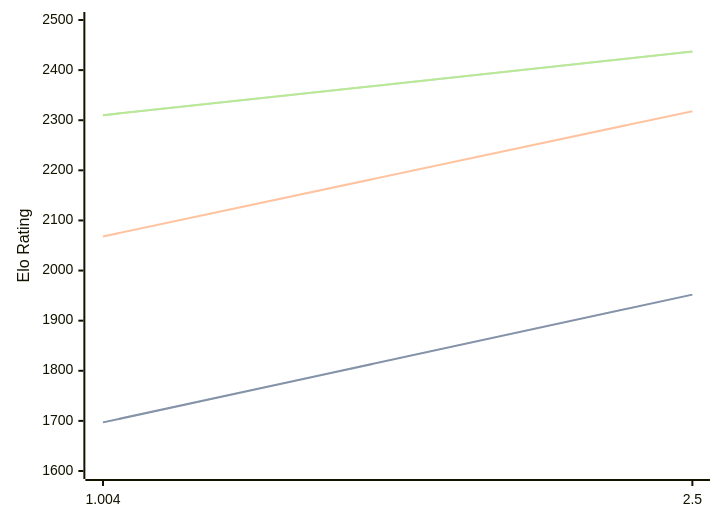
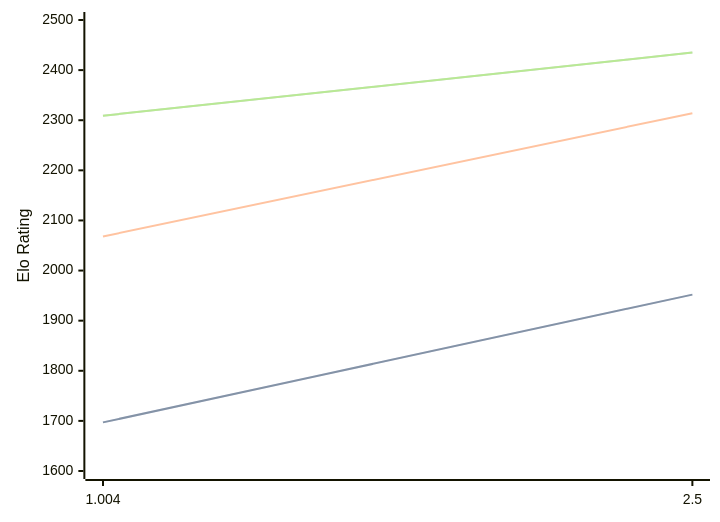
The first of 3 diagrams in engines/Ares.md (computer-chess-index/cci), drawn with Mermaid before and after one commit. The commit also changed other lines of this file, not shown here.

Commit message:
Update CCI Ratings (ELO VLTC) - 2026-07-15

````diff
--- a/engines/Ares.md
+++ b/engines/Ares.md
@@ -32,11 +32,11 @@
 ```mermaid
 %%{init: {"theme":"base","themeVariables":{"seriesColors:['#a3a3a3','#222221','#faa371']}}}%%
 xychart-beta
   x-axis ["1.004", "2.5"]
   y-axis "Elo Rating" 1600 --> 2500
   line "STC (8.0+0.08s)" [1697, 1952]
   line "STC (8.0+0.08s)" [1697, 1952]
-  line "LTC (60.0+0.60s)" [2068, 2318]
-  line "VLTC (2m24s+1.12s)" [2310, 2437]
-  line "VLTC (2m24s+1.12s)" [2310, 2437]
+  line "LTC (60.0+0.60s)" [2068, 2314]
+  line "VLTC (2m24s+1.12s)" [2309, 2435]
+  line "VLTC (2m24s+1.12s)" [2309, 2435]
 ```
````
